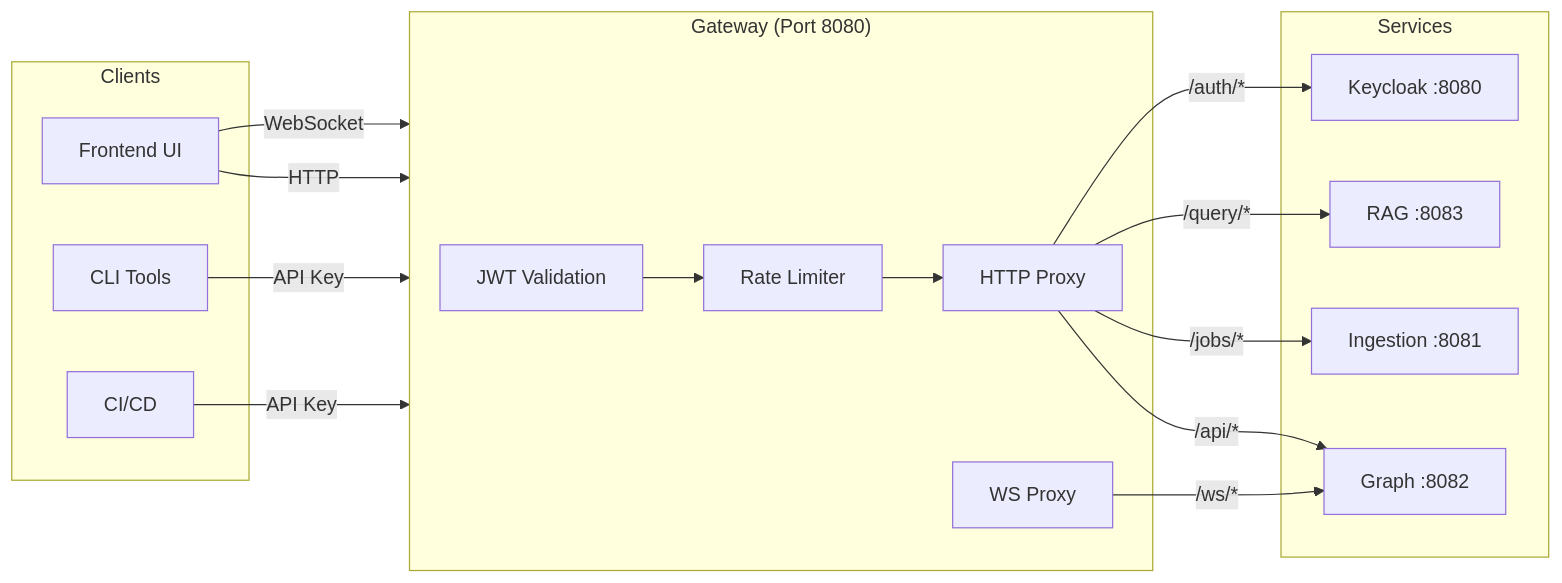
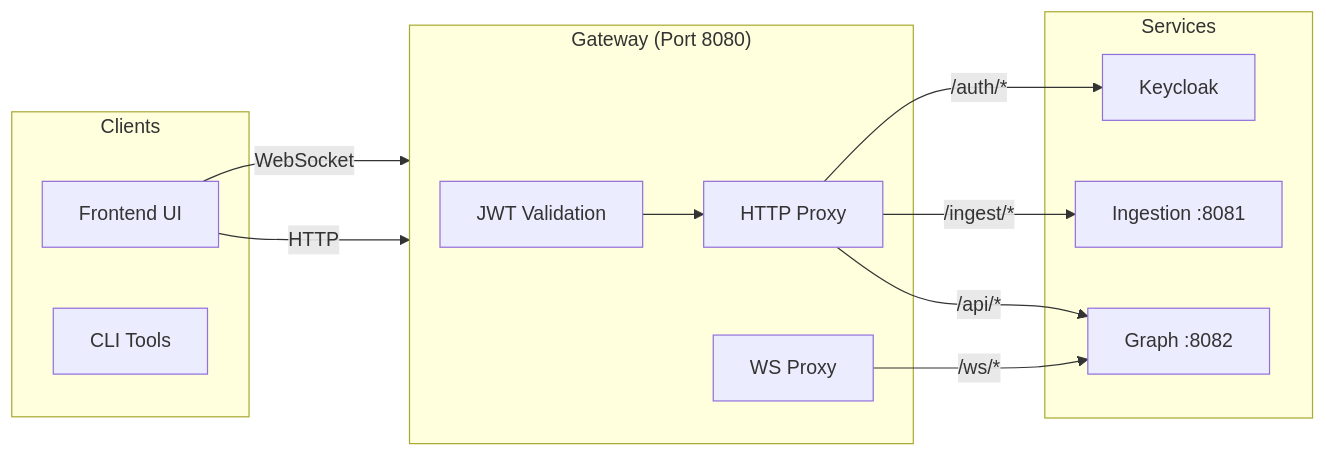
Before and after one commit to invariantcontinuum/substrate: the diagram in docs/system-design/gateway.md, drawn with Mermaid. The commit also changed other lines of this file and 19 other files, not shown here.

````diff
--- a/docs/system-design/gateway.md
+++ b/docs/system-design/gateway.md
@@ -23,36 +27,30 @@
 ```mermaid
 flowchart LR
     subgraph Clients
         UI[Frontend UI]
         CLI[CLI Tools]
-        CI[CI/CD]
     end
-    
+
     subgraph Gateway["Gateway (Port 8080)"]
         AUTH[JWT Validation]
-        RATE[Rate Limiter]
         PROXY[HTTP Proxy]
         WS_PROXY[WS Proxy]
     end
-    
+
     subgraph Services
         ING[Ingestion :8081]
         GRAPH[Graph :8082]
-        RAG[RAG :8083]
-        KC[Keycloak :8080]
+        KC[Keycloak]
     end
-    
+
     UI -->|HTTP| Gateway
     UI -->|WebSocket| Gateway
-    CLI -->|API Key| Gateway
-    CI -->|API Key| Gateway
-    
-    AUTH --> RATE --> PROXY
-    
+
+    AUTH --> PROXY
+
     PROXY -->|/api/*| GRAPH
-    PROXY -->|/jobs/*| ING
-    PROXY -->|/query/*| RAG
+    PROXY -->|/ingest/*| ING
     PROXY -->|/auth/*| KC
-    
+
     WS_PROXY -->|/ws/*| GRAPH
 ```
````
